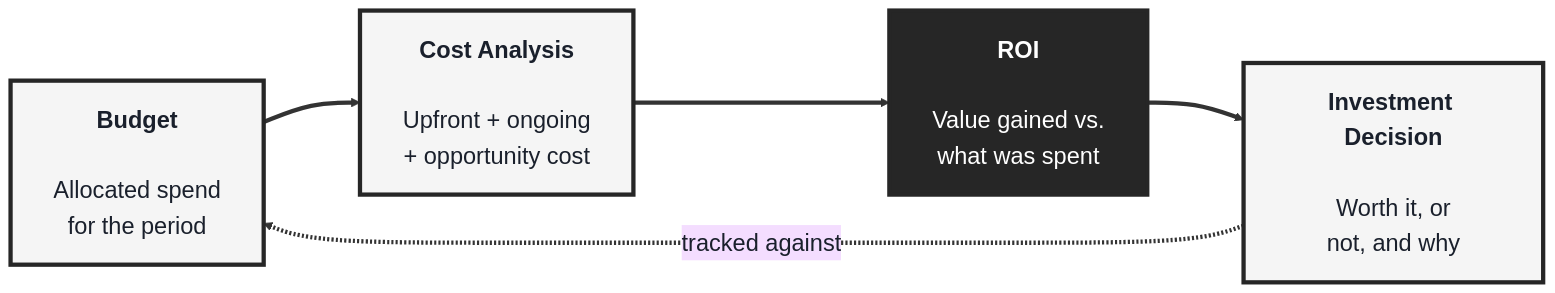
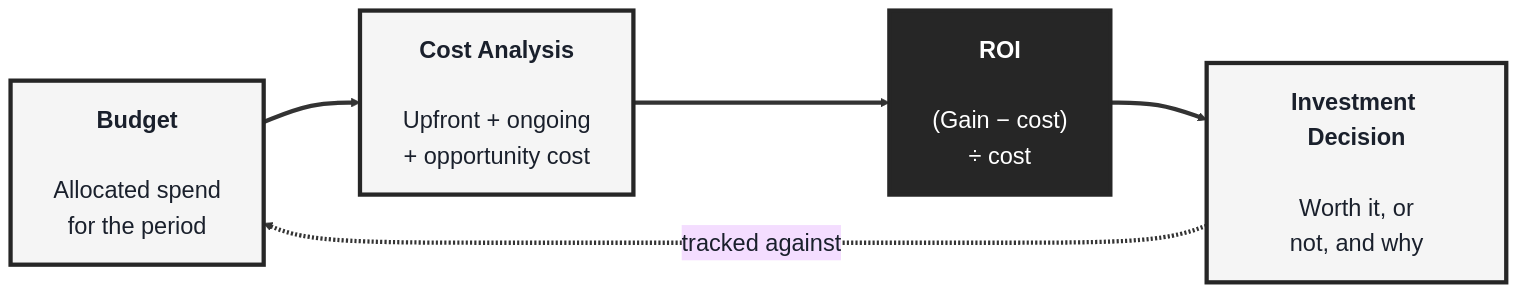
One commit to SHEMODELTECH/shemodeltech changed the second of 4 diagrams in src/Pages/courses/TechLeads/module-3-change-management-financial-literacy-sales-partnerships-technology-awareness.md. Above: the diagram before and after it, drawn with Mermaid. The commit also changed other lines of this file and 30 other files, not shown here.

````diff
--- a/src/Pages/courses/TechLeads/module-3-change-management-financial-literacy-sales-partnerships-technology-awareness.md
+++ b/src/Pages/courses/TechLeads/module-3-change-management-financial-literacy-sales-partnerships-technology-awareness.md
@@ -81,17 +81,17 @@
 ```mermaid
 %%{init: {'theme':'base', 'themeVariables': {'fontSize':'22px', 'primaryTextColor':'#1a202c', 'primaryBorderColor':'#262626', 'lineColor':'#333333'}, 'flowchart': {'nodeSpacing': 70, 'rankSpacing': 90, 'padding': 20}}}%%
 flowchart LR
     BUD["<b>Budget</b><br/><br/>Allocated spend<br/>for the period"]
     COST["<b>Cost Analysis</b><br/><br/>Upfront + ongoing<br/>+ opportunity cost"]
-    ROI["<b>ROI</b><br/><br/>Value gained vs.<br/>what was spent"]
+    ROI["<b>ROI</b><br/><br/>(Gain − cost)<br/>÷ cost"]
     DEC["<b>Investment Decision</b><br/><br/>Worth it, or<br/>not, and why"]
 
     BUD ==> COST ==> ROI ==> DEC
     DEC -.tracked against.-> BUD
 
     style BUD fill:#F5F5F5,color:#1a202c,stroke:#262626,stroke-width:4px
     style COST fill:#F5F5F5,color:#1a202c,stroke:#262626,stroke-width:4px
     style ROI fill:#262626,color:#fff,stroke:#262626,stroke-width:4px
     style DEC fill:#F5F5F5,color:#1a202c,stroke:#262626,stroke-width:4px
     linkStyle default stroke-width:4px,stroke:#333333
 ```
````
